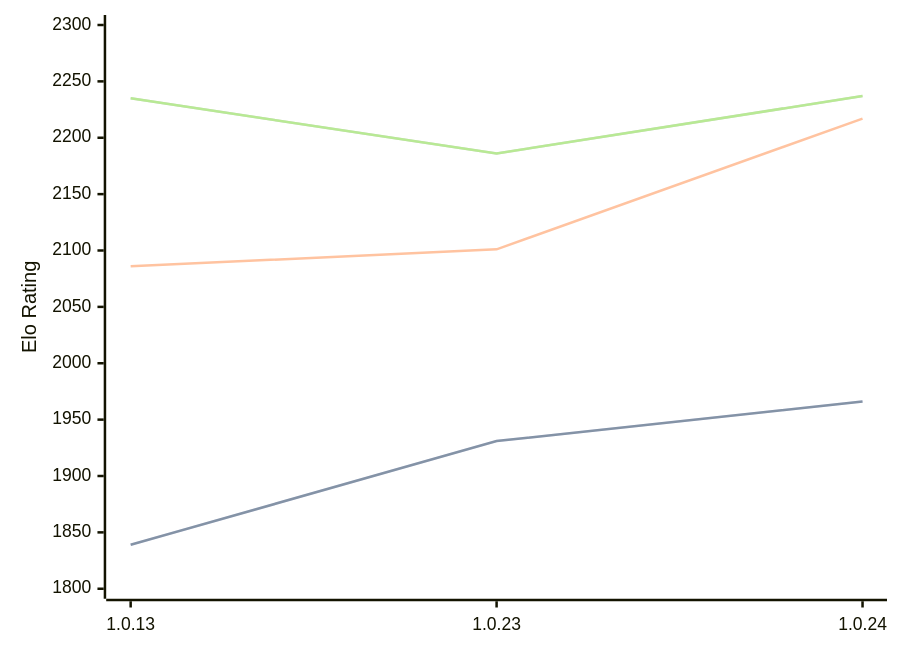
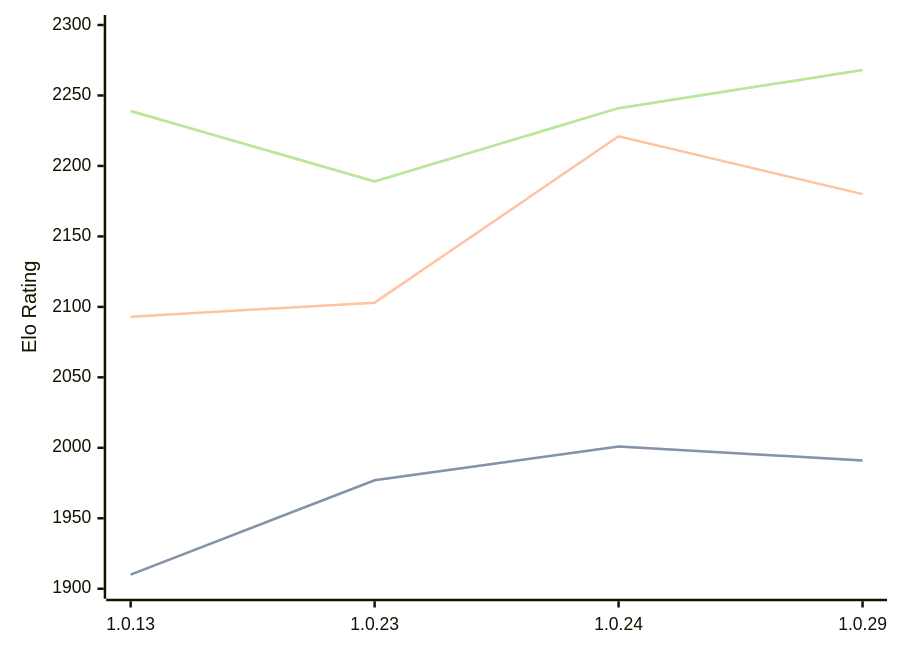
One commit to computer-chess-index/cci changed the diagram in engines/RustyRival.md. Above: the diagram before and after it, drawn with Mermaid. The commit also changed other lines of this file, not shown here.

Commit message:
Update CCI Ratings (ELO VLTC) - 2026-02-24

````diff
--- a/engines/RustyRival.md
+++ b/engines/RustyRival.md
@@ -53,11 +53,11 @@
 ```mermaid
 %%{init: {"theme":"base","themeVariables":{"seriesColors:['#a3a3a3','#222221','#faa371']}}}%%
 xychart-beta
-  x-axis ["1.0.13", "1.0.23", "1.0.24"]
-  y-axis "Elo Rating" 1800 --> 2300
-  line "STC (8.0+0.08s)" [1839, 1931, 1966]
-  line "STC (8.0+0.08s)" [1839, 1931, 1966]
-  line "LTC (60.0+0.60s)" [2086, 2101, 2217]
-  line "VLTC (2m24s+1.12s)" [2235, 2186, 2237]
-  line "VLTC (2m24s+1.12s)" [2235, 2186, 2237]
+  x-axis ["1.0.13", "1.0.23", "1.0.24", "1.0.29"]
+  y-axis "Elo Rating" 1900 --> 2300
+  line "STC (8.0+0.08s)" [1910, 1977, 2001, 1991]
+  line "STC (8.0+0.08s)" [1910, 1977, 2001, 1991]
+  line "LTC (60.0+0.60s)" [2093, 2103, 2221, 2180]
+  line "VLTC (2m24s+1.12s)" [2239, 2189, 2241, 2268]
+  line "VLTC (2m24s+1.12s)" [2239, 2189, 2241, 2268]
 ```
````
